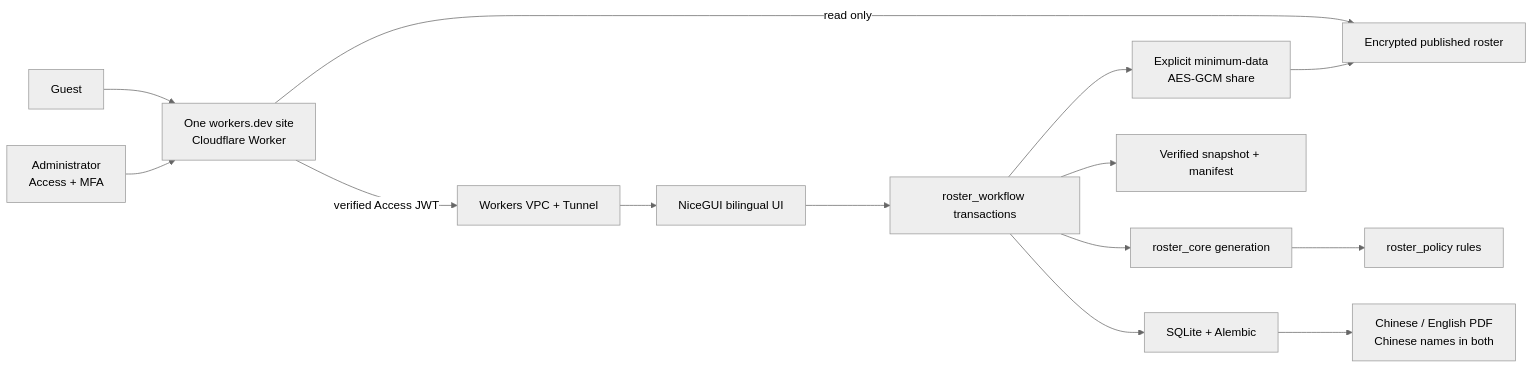
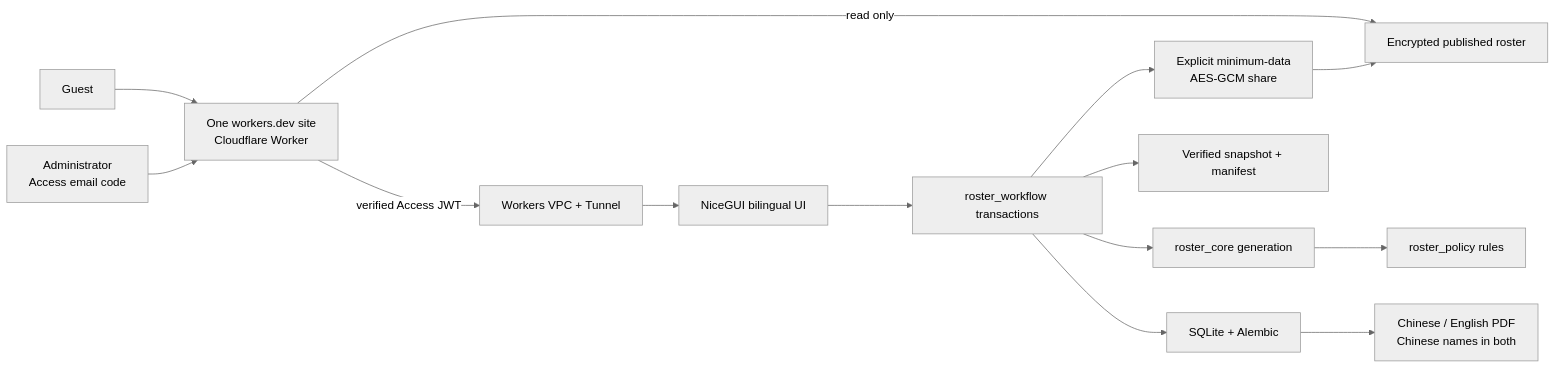
One commit to JackyLi10777/Study-Prefect-Duty-Roster-System changed the diagram in README-EN.md. Above: the diagram before and after it, drawn with Mermaid (neutral theme). The commit also changed other lines of this file and 92 other files, not shown here.

````diff
--- a/README-EN.md
+++ b/README-EN.md
@@ -123,16 +124,16 @@
 ```mermaid
 flowchart LR
     GUEST["Guest"] --> EDGE["One workers.dev site\nCloudflare Worker"]
-    ADMIN["Administrator\nAccess + MFA"] --> EDGE
+    ADMIN["Administrator\nAccess email code"] --> EDGE
     EDGE -->|read only| VIEW["Encrypted published roster"]
     EDGE -->|verified Access JWT| VPC["Workers VPC + Tunnel"]
     VPC --> UI["NiceGUI bilingual UI"]
     UI --> WF["roster_workflow transactions"]
     WF --> CORE["roster_core generation"]
     CORE --> POLICY["roster_policy rules"]
     WF --> DB["SQLite + Alembic"]
     WF --> BACKUP["Verified snapshot + manifest"]
     DB --> PDF["Chinese / English PDF\nChinese names in both"]
     WF --> ENC["Explicit minimum-data\nAES-GCM share"]
     ENC --> VIEW
 ```
````
